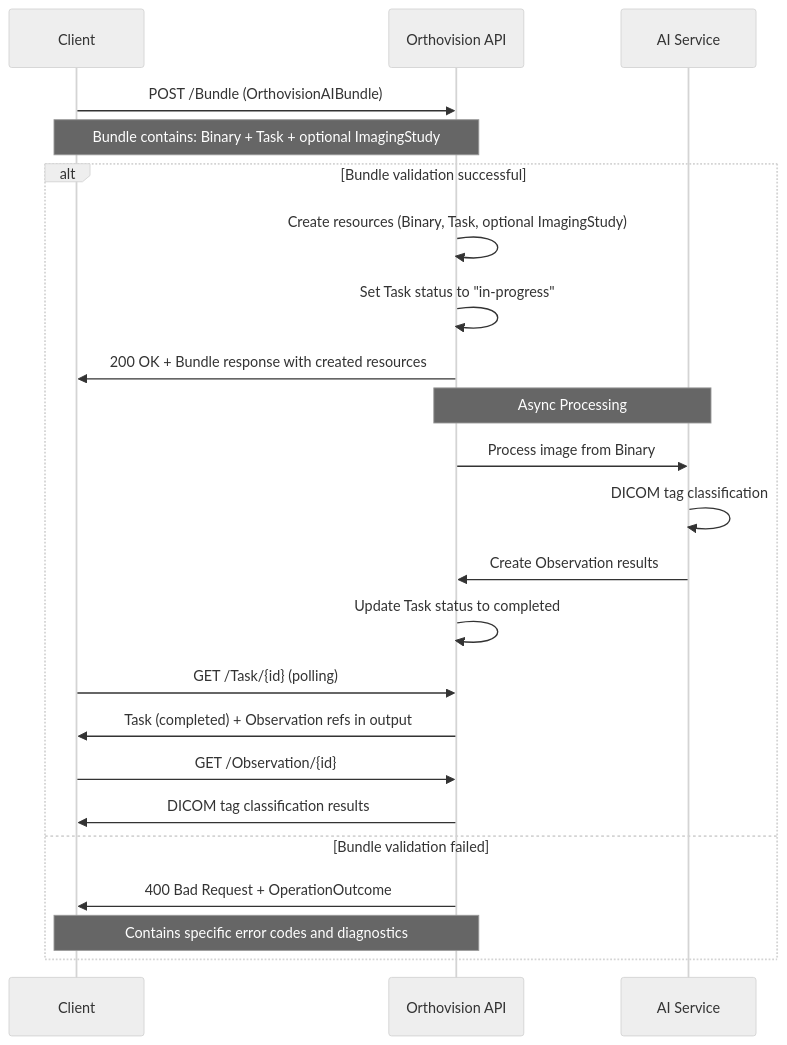
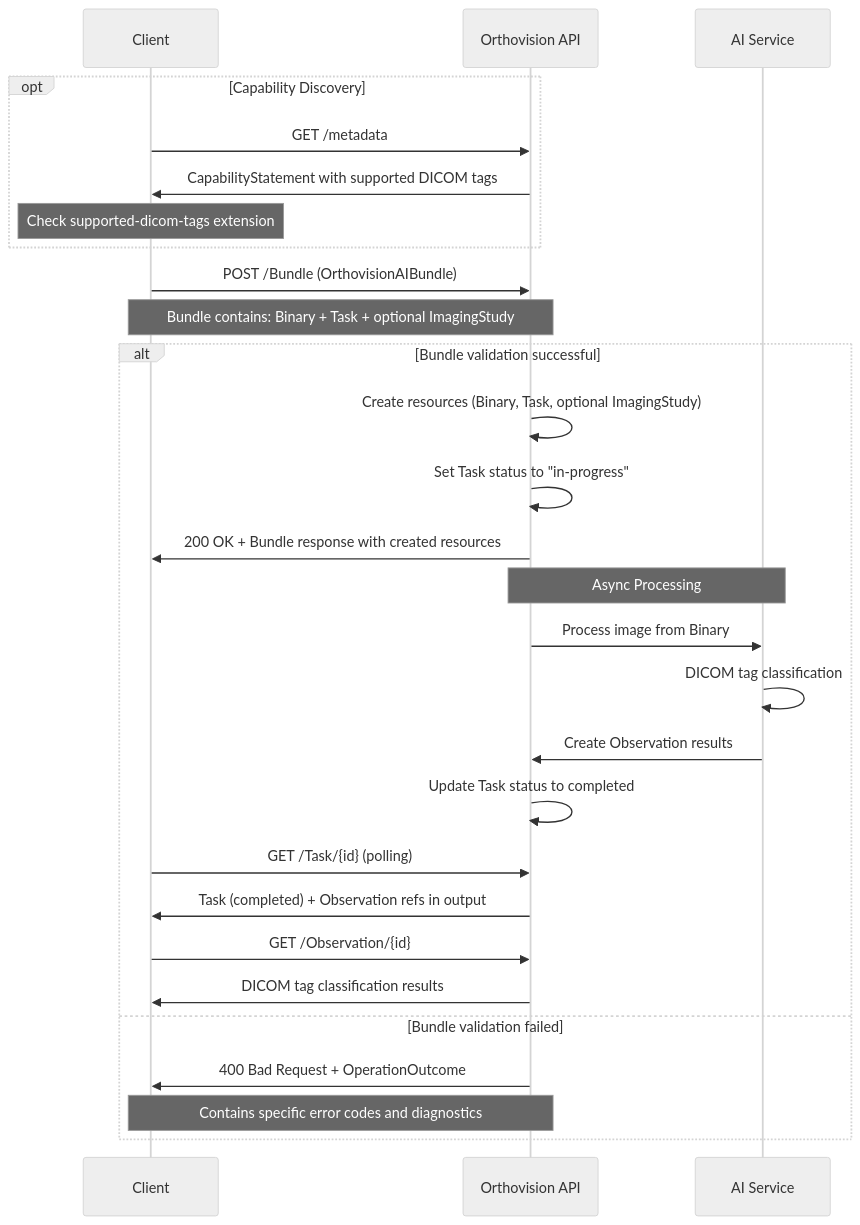
One commit to medoco-health/orthovision-ai-ig changed the diagram in src/input/pagecontent/api-workflow.md. Above: the diagram before and after it, drawn with Mermaid (neutral theme). The commit also changed other lines of this file and 4 other files, not shown here.

Commit message:
capability statement extension and update diagram and docs

````diff
--- a/src/input/pagecontent/api-workflow.md
+++ b/src/input/pagecontent/api-workflow.md
@@ -2,31 +2,37 @@
 ```mermaid
 sequenceDiagram
     participant Client
     participant API as Orthovision API
     participant AI as AI Service
+
+    opt Capability Discovery
+        Client->>API: GET /metadata
+        API->>Client: CapabilityStatement with supported DICOM tags
+        Note over Client: Check supported-dicom-tags extension
+    end
 
     Client->>API: POST /Bundle (OrthovisionAIBundle)
     Note over Client,API: Bundle contains: Binary + Task + optional ImagingStudy
     
     alt Bundle validation successful
         API->>API: Create resources (Binary, Task, optional ImagingStudy)
         API->>API: Set Task status to "in-progress"
         API->>Client: 200 OK + Bundle response with created resources
         
         Note over API,AI: Async Processing
         API->>AI: Process image from Binary
         AI->>AI: DICOM tag classification
         AI->>API: Create Observation results
         API->>API: Update Task status to completed
         
         Client->>API: GET /Task/{id} (polling)
         API->>Client: Task (completed) + Observation refs in output
         
         Client->>API: GET /Observation/{id}
         API->>Client: DICOM tag classification results
         
     else Bundle validation failed
         API->>Client: 400 Bad Request + OperationOutcome
         Note over Client,API: Contains specific error codes and diagnostics
     end
 ```
````
